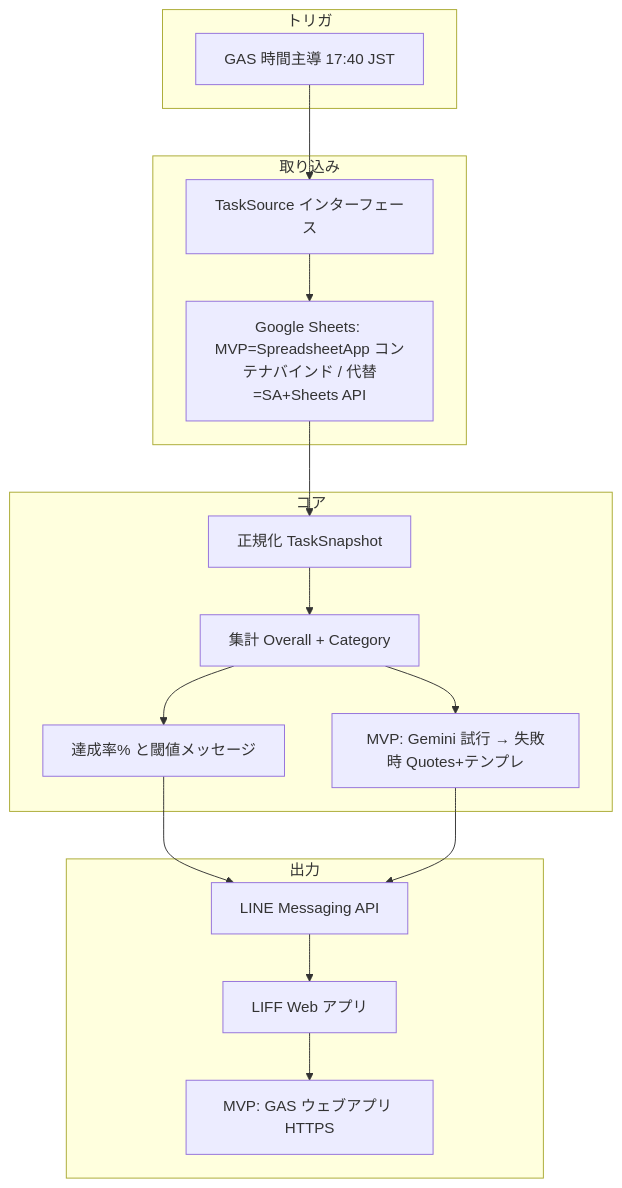
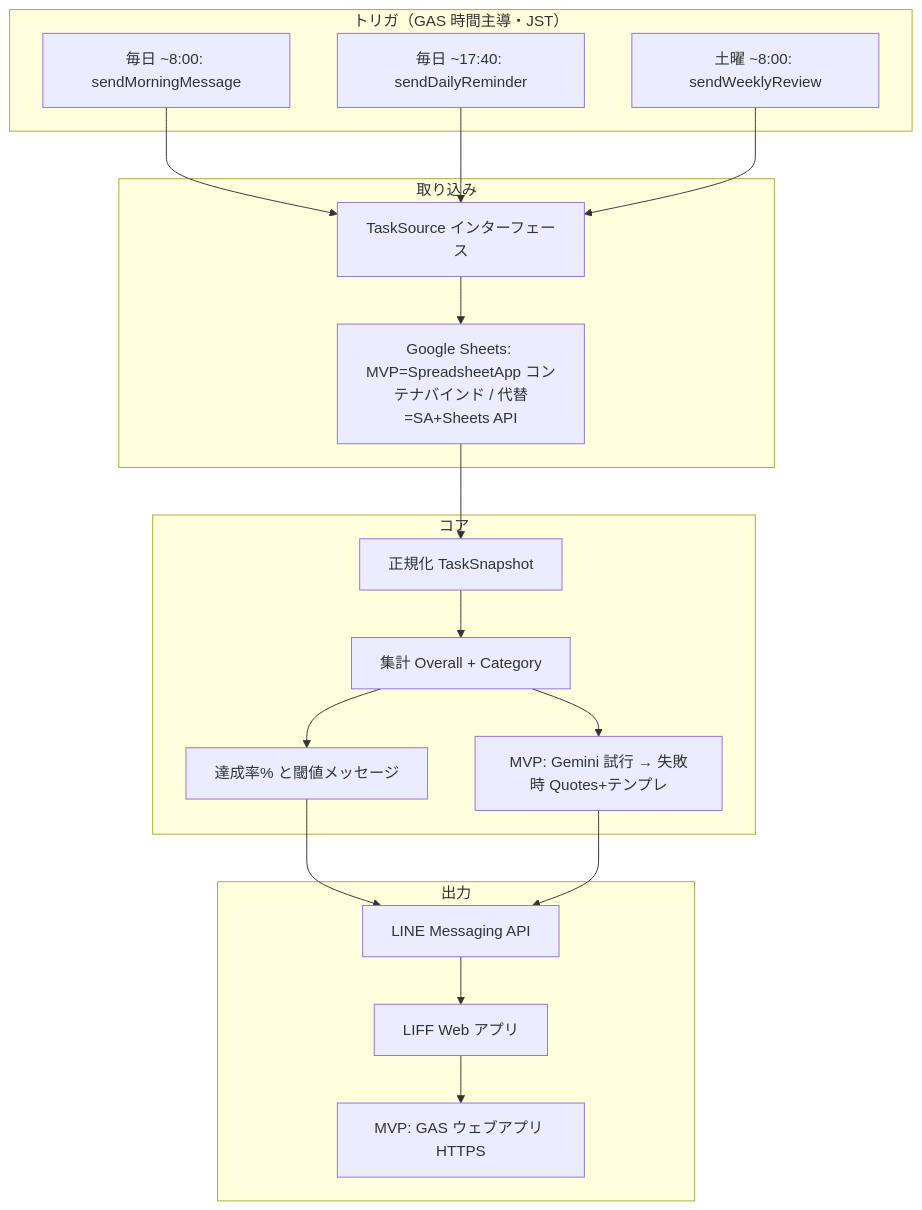
The diagram in docs/SPEC.md (happyodyssey73-art/yattakai-task-checker), drawn with Mermaid before and after one commit. The commit also changed other lines of this file and 75 other files, not shown here.

````diff
--- a/docs/SPEC.md
+++ b/docs/SPEC.md
@@ -81,35 +107,39 @@
 ```mermaid
 flowchart TB
-  subgraph trigger [トリガ]
-    GAS[GAS 時間主導 17:40 JST]
+  subgraph trigger [トリガ（GAS 時間主導・JST）]
+    T_AM[毎日 ~8:00: sendMorningMessage]
+    T_PM[毎日 ~17:40: sendDailyReminder]
+    T_WK[土曜 ~8:00: sendWeeklyReview]
   end
 
   subgraph ingest [取り込み]
     TS[TaskSource インターフェース]
     SHEETS[Google Sheets: MVP=SpreadsheetApp コンテナバインド / 代替=SA+Sheets API]
     TS --> SHEETS
   end
 
   subgraph core [コア]
     NORM[正規化 TaskSnapshot]
     AGG[集計 Overall + Category]
     SCORE[達成率% と閾値メッセージ]
     QUOTE[MVP: Gemini 試行 → 失敗時 Quotes+テンプレ]
   end
 
   subgraph out [出力]
     LINE[LINE Messaging API]
     LIFF[LIFF Web アプリ]
     HOST[MVP: GAS ウェブアプリ HTTPS]
   end
 
-  GAS --> TS
+  T_AM --> TS
+  T_PM --> TS
+  T_WK --> TS
   SHEETS --> NORM
   NORM --> AGG
   AGG --> SCORE
   AGG --> QUOTE
   SCORE --> LINE
   QUOTE --> LINE
   LINE --> LIFF
   LIFF --> HOST
 ```
````
